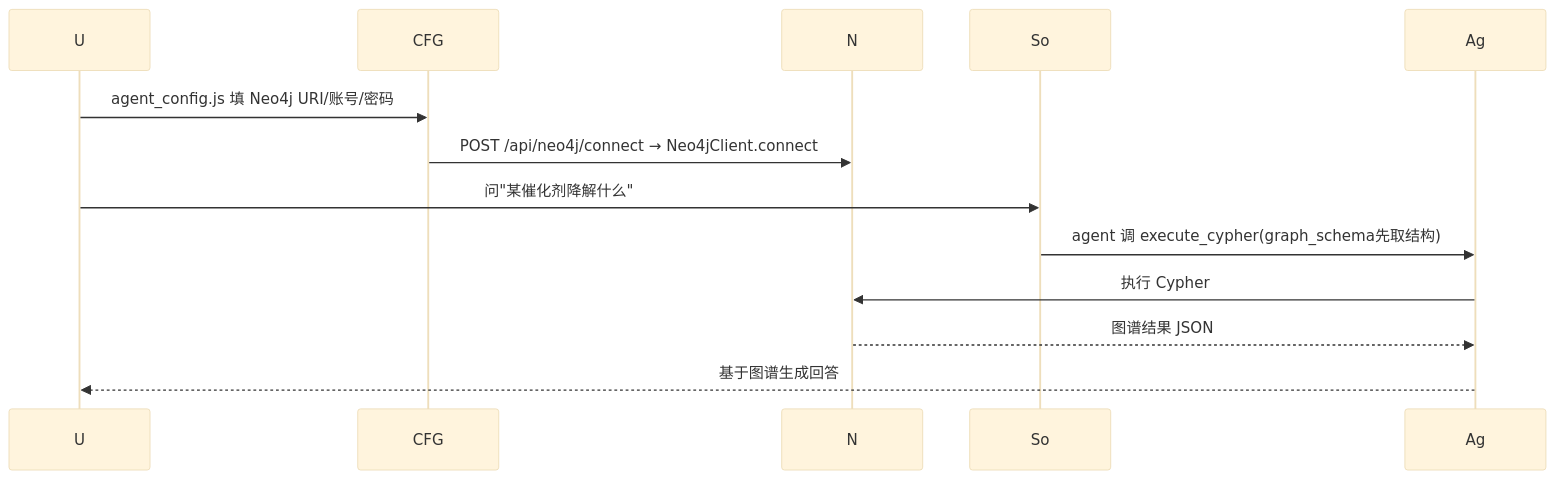
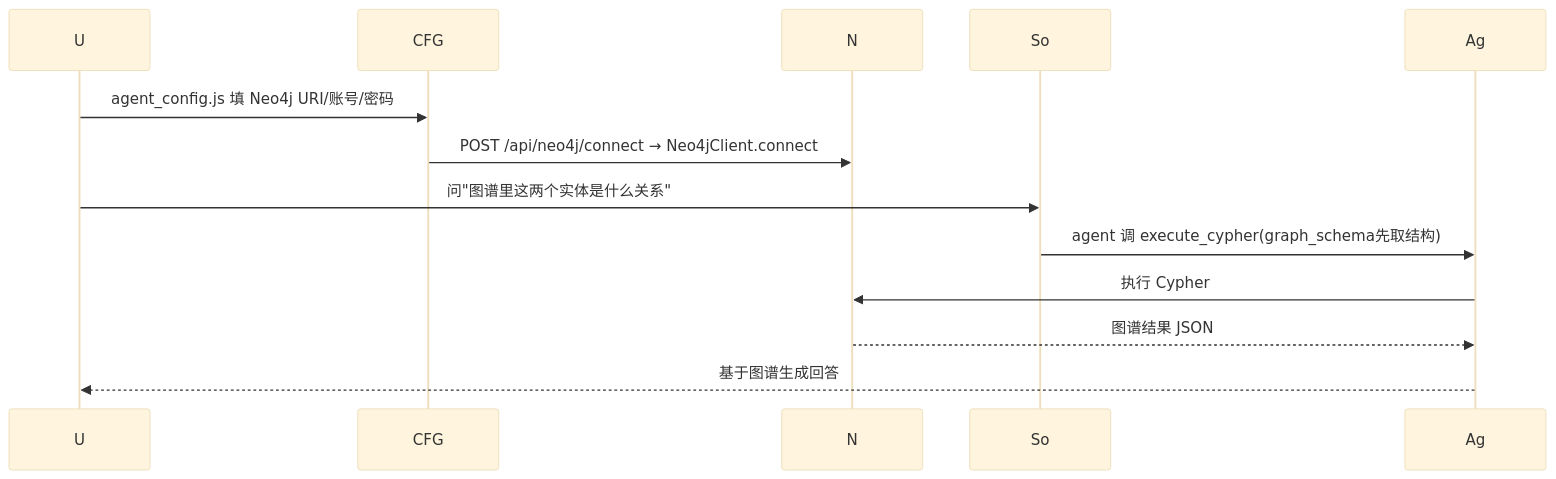
The tenth of 11 diagrams in 项目架构说明.md (C4E-JNU/C4E), drawn with Mermaid (base theme) before and after one commit. The commit also changed 34 other files, not shown here.

````diff
--- a/项目架构说明.md
+++ b/项目架构说明.md
@@ -405,10 +405,10 @@
 ```mermaid
 sequenceDiagram
     U->>CFG: agent_config.js 填 Neo4j URI/账号/密码
     CFG->>N: POST /api/neo4j/connect → Neo4jClient.connect
-    U->>So: 问"某催化剂降解什么"
+    U->>So: 问"图谱里这两个实体是什么关系"
     So->>Ag: agent 调 execute_cypher(graph_schema先取结构)
     Ag->>N: 执行 Cypher
     N-->>Ag: 图谱结果 JSON
     Ag-->>U: 基于图谱生成回答
 ```
````
